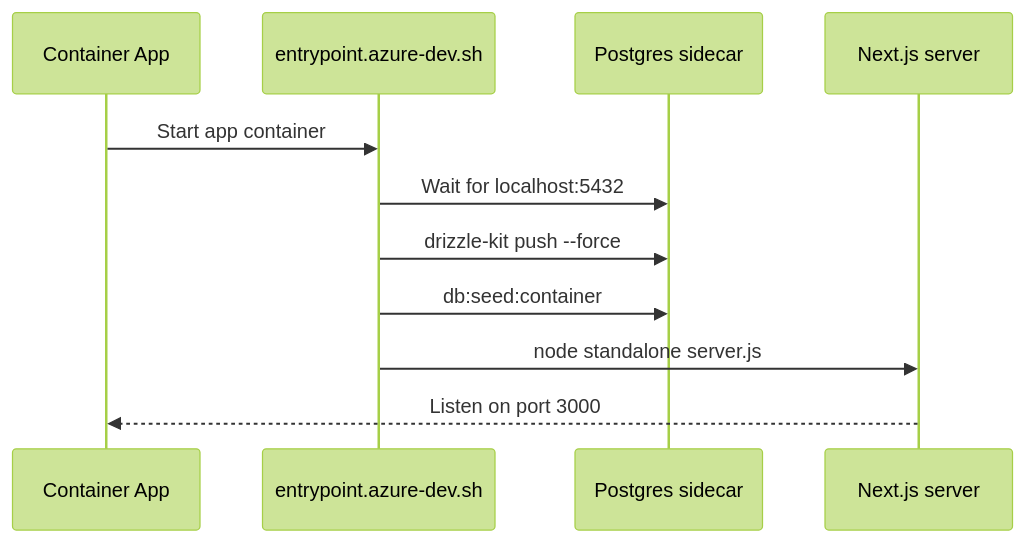
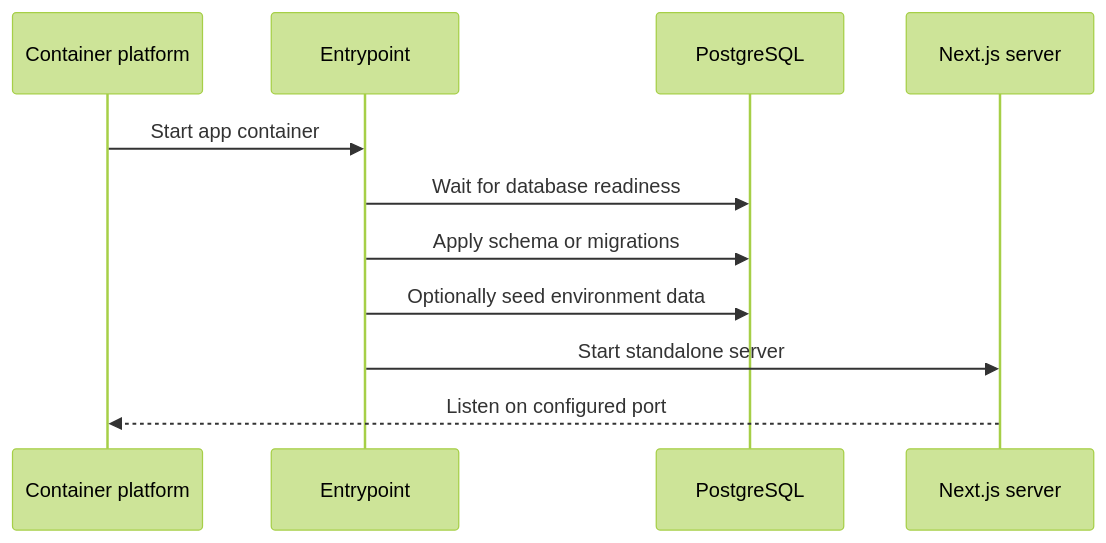
One commit to roballred/GovEA changed the second of 3 diagrams in docs/architect/runtime-and-deployment.md. Above: the diagram before and after it, drawn with Mermaid (forest theme). The commit also changed other lines of this file, not shown here.

Commit message:
docs(architect): make runtime deployment container-first

````diff
--- a/docs/architect/runtime-and-deployment.md
+++ b/docs/architect/runtime-and-deployment.md
@@ -88,14 +81,14 @@
 ```mermaid
 sequenceDiagram
-  participant ACA as Container App
-  participant Entry as entrypoint.azure-dev.sh
-  participant DB as Postgres sidecar
+  participant Platform as Container platform
+  participant Entry as Entrypoint
+  participant DB as PostgreSQL
   participant App as Next.js server
 
-  ACA->>Entry: Start app container
-  Entry->>DB: Wait for localhost:5432
-  Entry->>DB: drizzle-kit push --force
-  Entry->>DB: db:seed:container
-  Entry->>App: node standalone server.js
-  App-->>ACA: Listen on port 3000
+  Platform->>Entry: Start app container
+  Entry->>DB: Wait for database readiness
+  Entry->>DB: Apply schema or migrations
+  Entry->>DB: Optionally seed environment data
+  Entry->>App: Start standalone server
+  App-->>Platform: Listen on configured port
 ```
````
